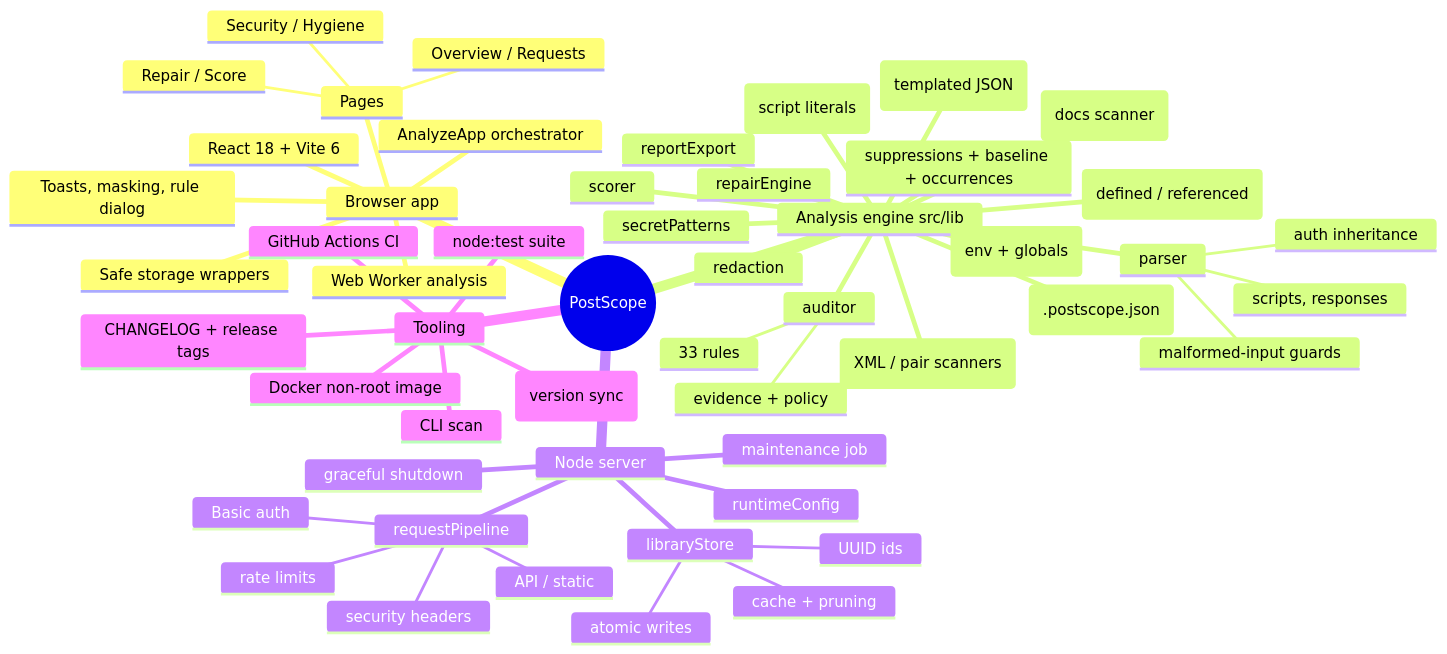
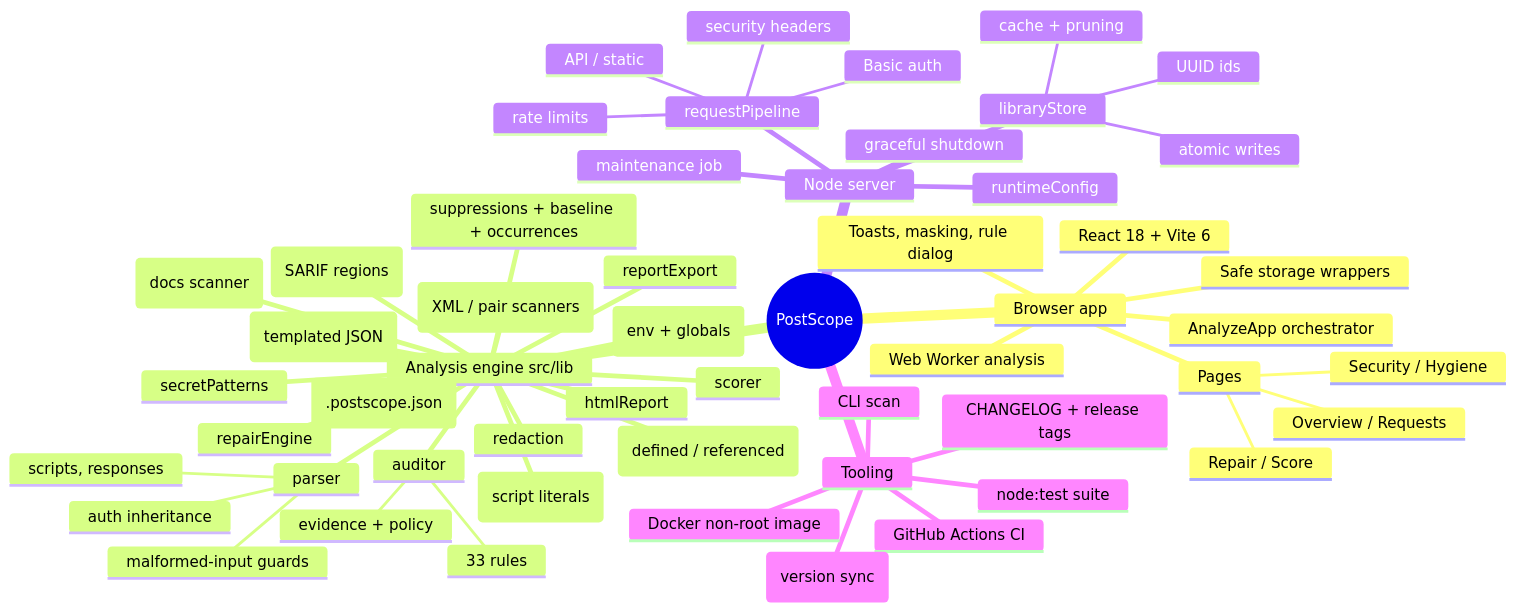
One commit to winksen/Postscope-App changed the first of 2 diagrams in docs/mindmap/TECHNICAL_MINDMAP.md. Above: the diagram before and after it, drawn with Mermaid. The commit also changed other lines of this file and 22 other files, not shown here.

````diff
--- a/docs/mindmap/TECHNICAL_MINDMAP.md
+++ b/docs/mindmap/TECHNICAL_MINDMAP.md
@@ -11,55 +11,57 @@
 ```mermaid
 mindmap
   root((PostScope))
     Browser app
       React 18 + Vite 6
       AnalyzeApp orchestrator
       Pages
         Overview / Requests
         Security / Hygiene
         Repair / Score
       Web Worker analysis
       Toasts, masking, rule dialog
       Safe storage wrappers
     Analysis engine src/lib
       parser
         auth inheritance
         scripts, responses
         malformed-input guards
       auditor
         33 rules
         evidence + policy
       jsonBody (templated JSON)
       rawBody (XML / pair scanners)
       descriptions (docs scanner)
       scriptSecrets (script literals)
       environment (env + globals)
       variableUsage (defined / referenced)
       suppressions + baseline + occurrences
+      jsonPositions + evidencePointers (SARIF regions)
+      htmlReport
       projectConfig (.postscope.json)
       secretPatterns
       scorer
       repairEngine
       redaction
       reportExport
     Node server
       requestPipeline
         security headers
         Basic auth
         rate limits
         API / static
       libraryStore
         UUID ids
         atomic writes
         cache + pruning
       runtimeConfig
       maintenance job
       graceful shutdown
     Tooling
       CLI scan
       node:test suite
       GitHub Actions CI
       Docker non-root image
       release:check (version sync)
       CHANGELOG + release tags
 ```
````
